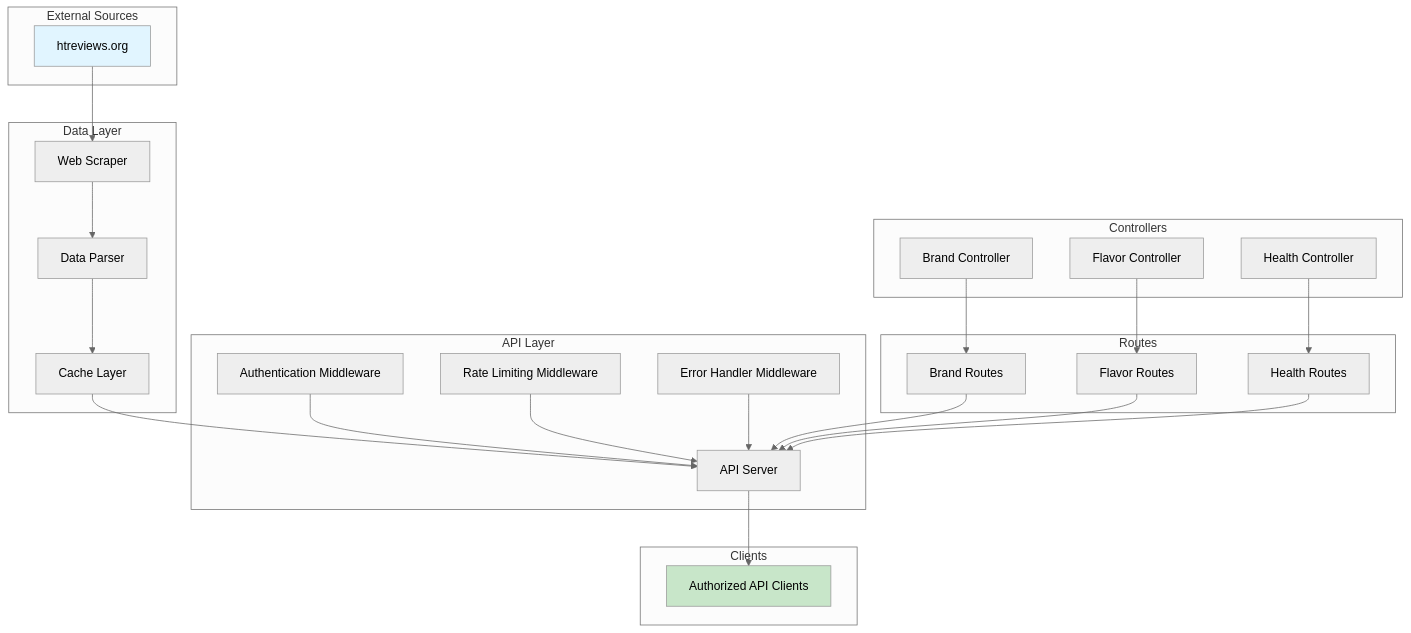
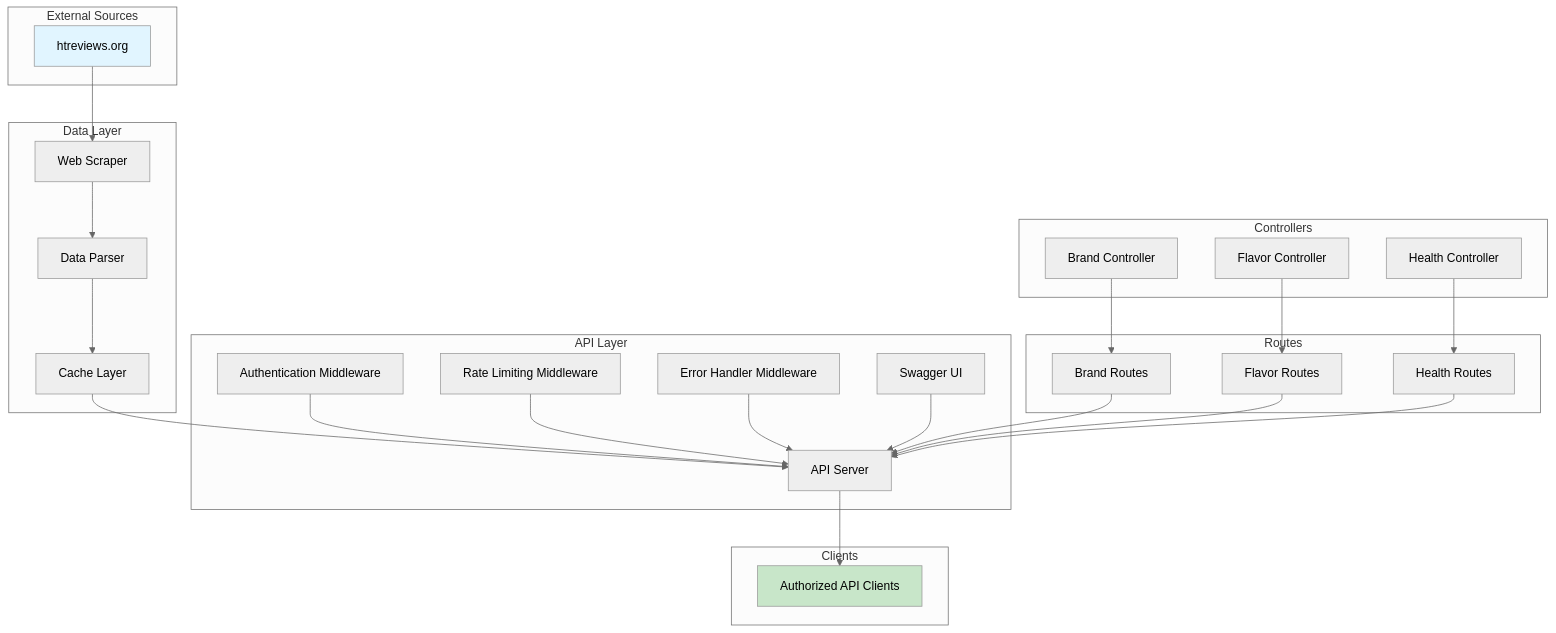
One commit to Zenderg/hookah-db changed the first of 2 diagrams in .kilocode/rules/memory-bank/architecture.md. Above: the diagram before and after it, drawn with Mermaid (neutral theme). The commit also changed other lines of this file and 9 other files, not shown here.

````diff
--- a/.kilocode/rules/memory-bank/architecture.md
+++ b/.kilocode/rules/memory-bank/architecture.md
@@ -7,53 +7,55 @@
 ```mermaid
 graph TB
     subgraph "External Sources"
         A[htreviews.org]
     end
     
     subgraph "Data Layer"
         B[Web Scraper]
         C[Data Parser]
         D[Cache Layer]
     end
     
     subgraph "API Layer"
         E[API Server]
         F[Authentication Middleware]
         G[Rate Limiting Middleware]
         H[Error Handler Middleware]
+        I[Swagger UI]
     end
     
     subgraph "Controllers"
-        I[Brand Controller]
-        J[Flavor Controller]
-        K[Health Controller]
+        J[Brand Controller]
+        K[Flavor Controller]
+        L[Health Controller]
     end
     
     subgraph "Routes"
-        L[Brand Routes]
-        M[Flavor Routes]
-        N[Health Routes]
+        M[Brand Routes]
+        N[Flavor Routes]
+        O[Health Routes]
     end
     
     subgraph "Clients"
-        O[Authorized API Clients]
+        P[Authorized API Clients]
     end
     
     A --> B
     B --> C
     C --> D
     D --> E
     F --> E
     G --> E
     H --> E
-    I --> L
+    I --> E
     J --> M
     K --> N
-    L --> E
+    L --> O
     M --> E
     N --> E
-    E --> O
+    O --> E
+    E --> P
     
     style A fill:#e1f5ff
-    style O fill:#c8e6c9
+    style P fill:#c8e6c9
 ```
````
